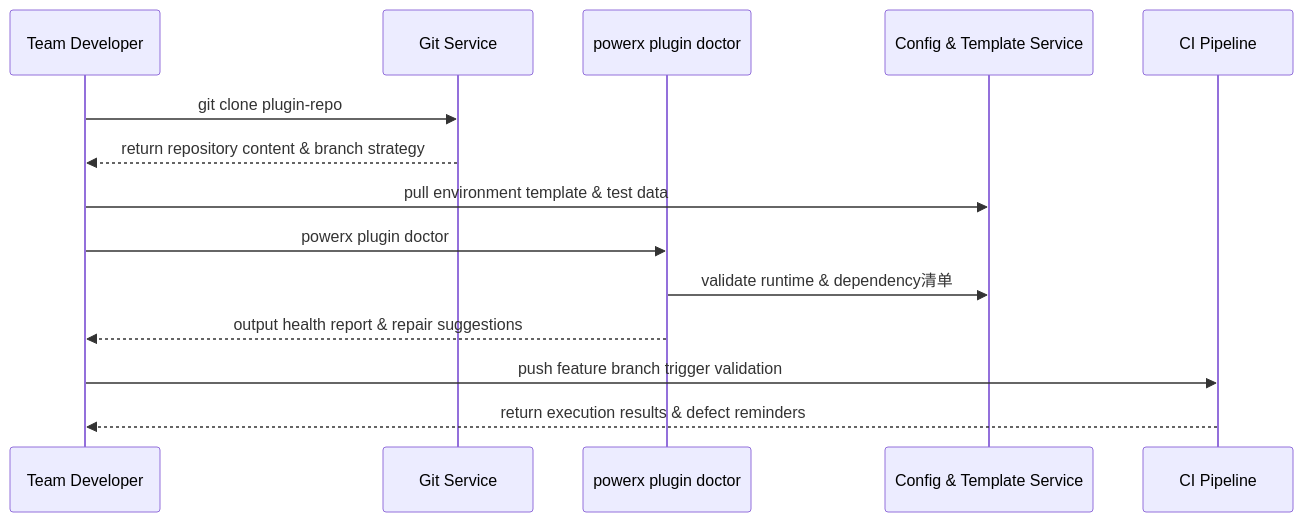
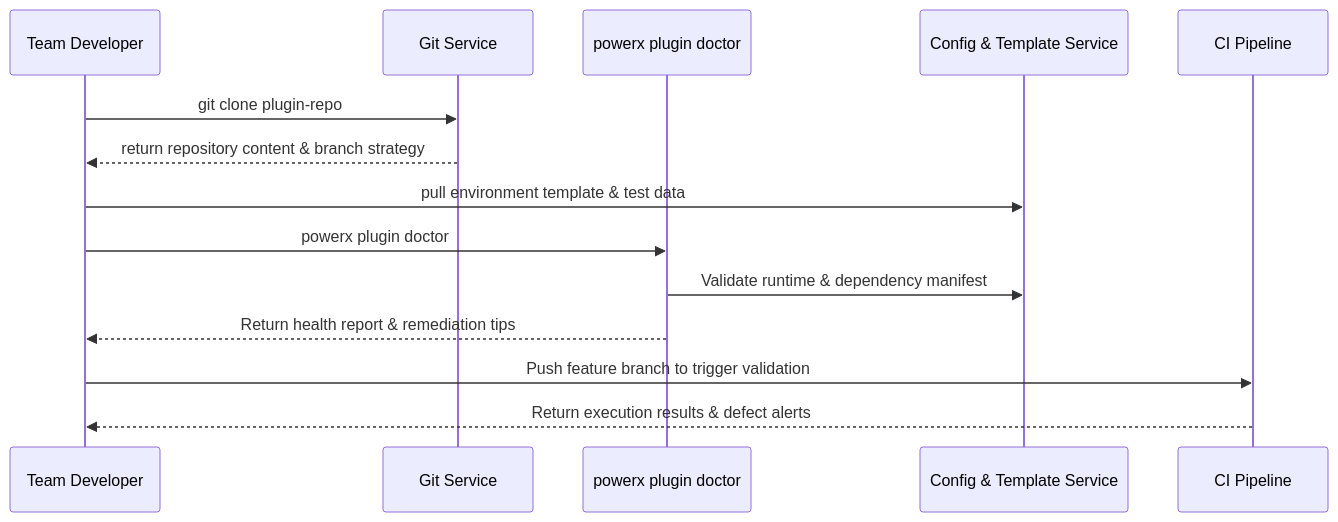
The diagram in docs/website/en/scenarios/SCN-DEV-PLUGIN-INIT-001/SCN-DEV-PLUGIN-TEAM-CLONE-001.md (ArtisanCloud/PowerXDoc), drawn with Mermaid before and after one commit. The commit also changed other lines of this file and 43 other files, not shown here.

````diff
--- a/docs/website/en/scenarios/SCN-DEV-PLUGIN-INIT-001/SCN-DEV-PLUGIN-TEAM-CLONE-001.md
+++ b/docs/website/en/scenarios/SCN-DEV-PLUGIN-INIT-001/SCN-DEV-PLUGIN-TEAM-CLONE-001.md
@@ -54,17 +54,17 @@
 ```mermaid
 sequenceDiagram
   participant Member as Team Developer
   participant Git as Git Service
   participant CLI as powerx plugin doctor
   participant Config as Config & Template Service
   participant CI as CI Pipeline
 
   Member->>Git: git clone plugin-repo
   Git-->>Member: return repository content & branch strategy
   Member->>Config: pull environment template & test data
   Member->>CLI: powerx plugin doctor
-  CLI->>Config: validate runtime & dependency清单
-  CLI-->>Member: output health report & repair suggestions
-  Member->>CI: push feature branch trigger validation
-  CI-->>Member: return execution results & defect reminders
+  CLI->>Config: Validate runtime & dependency manifest
+  CLI-->>Member: Return health report & remediation tips
+  Member->>CI: Push feature branch to trigger validation
+  CI-->>Member: Return execution results & defect alerts
 ```
````
